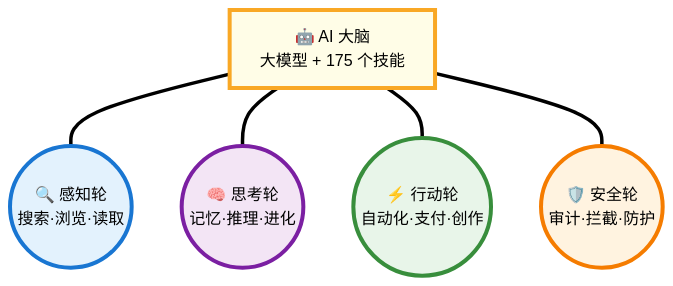
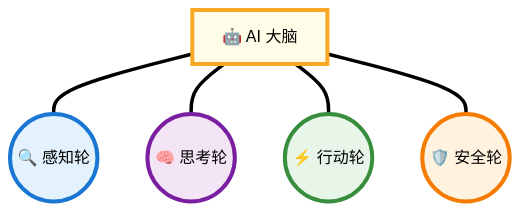
The first of 4 diagrams in README.md (weininghui/skills), drawn with Mermaid (forest theme) before and after one commit. The commit also changed other lines of this file, not shown here.

Commit message:
fix: shorten mermaid node labels and subgraph names to prevent text overflow

````diff
--- a/README.md
+++ b/README.md
@@ -20,19 +20,19 @@
 ```mermaid
 graph TB
-    AI["🤖 AI 大脑<br/>大模型 + 175 个技能"] 
-    W1(("🔍 感知轮<br/>搜索·浏览·读取"))
-    W2(("🧠 思考轮<br/>记忆·推理·进化"))
-    W3(("⚡ 行动轮<br/>自动化·支付·创作"))
-    W4(("🛡️ 安全轮<br/>审计·拦截·防护"))
+    AI["🤖 AI 大脑"] 
+    W1(("🔍 感知轮"))
+    W2(("🧠 思考轮"))
+    W3(("⚡ 行动轮"))
+    W4(("🛡️ 安全轮"))
 
     AI === W1
     AI === W2
     AI === W3
     AI === W4
 
     style AI fill:#FFFDE7,stroke:#F9A825,stroke-width:4px
     style W1 fill:#E3F2FD,stroke:#1976D2,stroke-width:4px
     style W2 fill:#F3E5F5,stroke:#7B1FA2,stroke-width:4px
     style W3 fill:#E8F5E9,stroke:#388E3C,stroke-width:4px
     style W4 fill:#FFF3E0,stroke:#F57C00,stroke-width:4px
 ```
````
